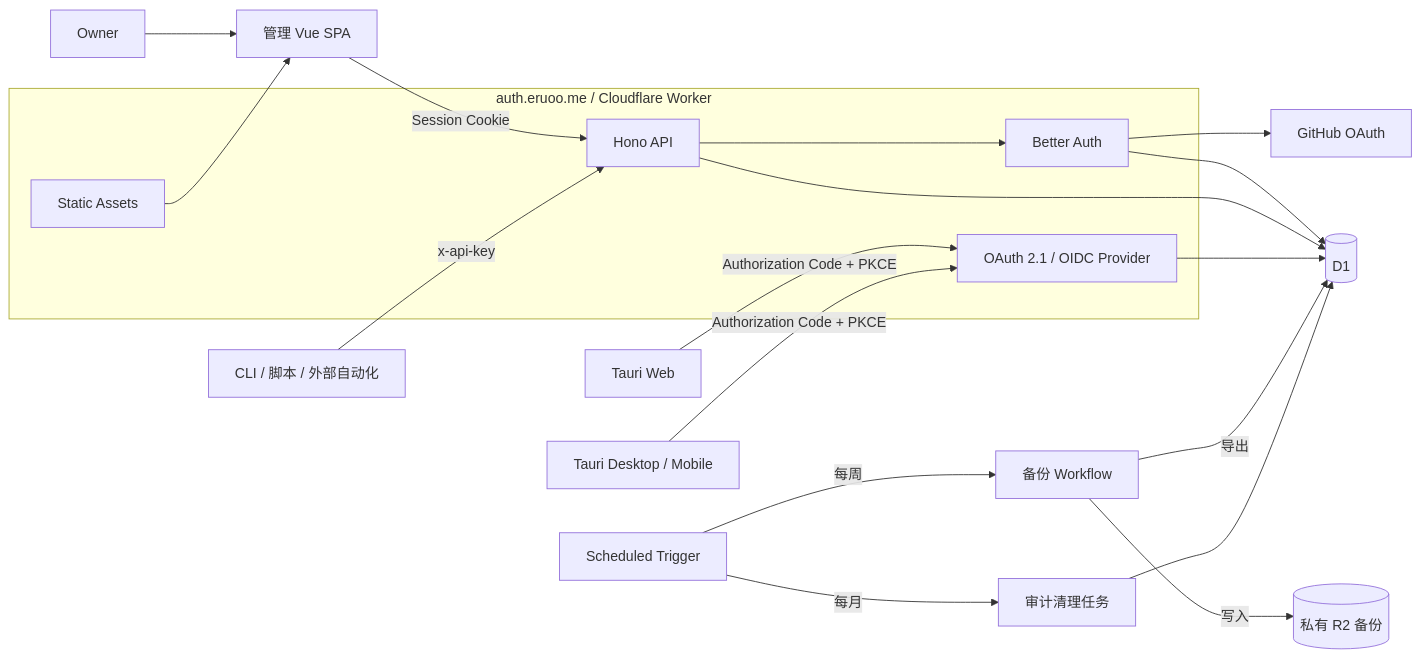
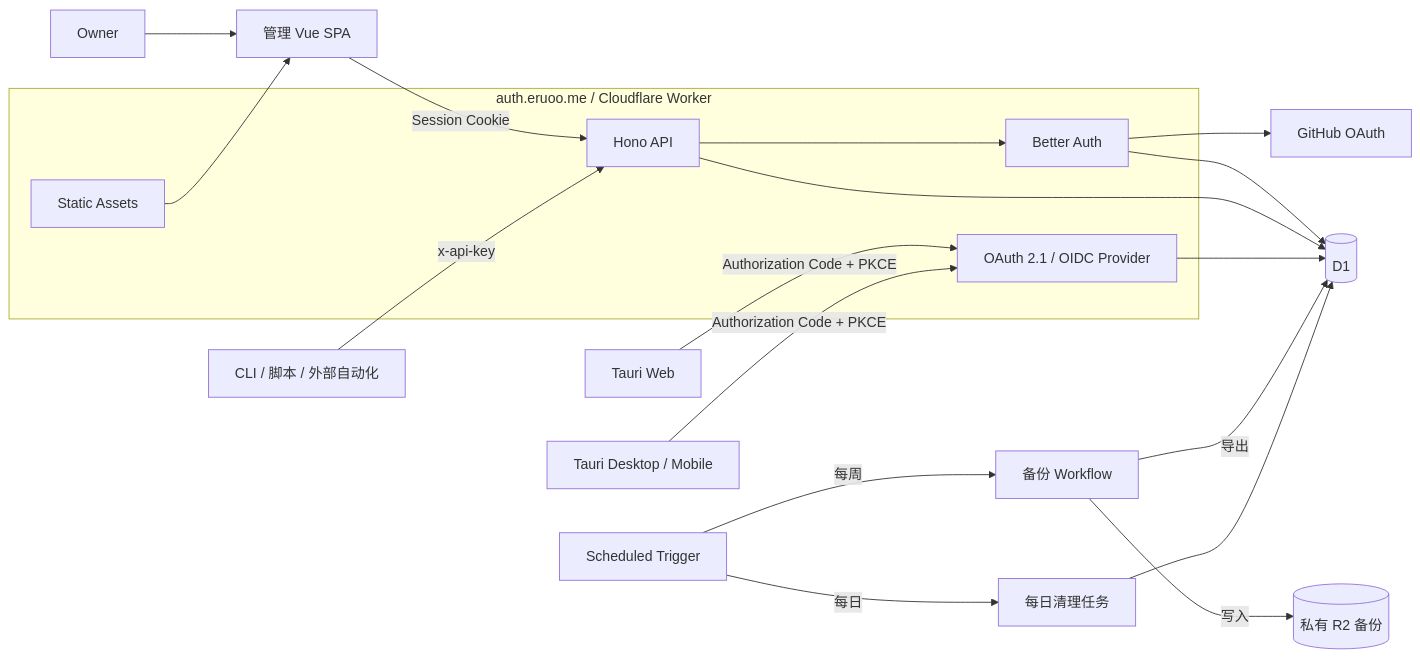
The diagram in docs/specs/foundation.md (eruoo/server), drawn with Mermaid before and after one commit. The commit also changed other lines of this file and 201 other files, not shown here.

First line of the commit message:
fix: harden owner security flows (#2)

````diff
--- a/docs/specs/foundation.md
+++ b/docs/specs/foundation.md
@@ -38,39 +38,39 @@
 ```mermaid
 flowchart LR
   Owner[Owner]
   Admin[管理 Vue SPA]
   TauriWeb[Tauri Web]
   TauriNative[Tauri Desktop / Mobile]
   Automation[CLI / 脚本 / 外部自动化]
   GitHub[GitHub OAuth]
 
   subgraph Worker[auth.eruoo.me / Cloudflare Worker]
     Assets[Static Assets]
     Hono[Hono API]
     Auth[Better Auth]
     Issuer[OAuth 2.1 / OIDC Provider]
   end
 
   D1[(D1)]
   Schedule[Scheduled Trigger]
   Backup[备份 Workflow]
-  Cleanup[审计清理任务]
+  Cleanup[每日清理任务]
   R2[(私有 R2 备份)]
 
   Owner --> Admin
   Admin -->|Session Cookie| Hono
   TauriWeb -->|Authorization Code + PKCE| Issuer
   TauriNative -->|Authorization Code + PKCE| Issuer
   Automation -->|x-api-key| Hono
   Auth --> GitHub
   Auth --> D1
   Hono --> Auth
   Hono --> D1
   Issuer --> D1
   Schedule -->|每周| Backup
   Backup -->|导出| D1
   Backup -->|写入| R2
-  Schedule -->|每月| Cleanup
+  Schedule -->|每日| Cleanup
   Cleanup --> D1
   Assets --> Admin
 ```
````
